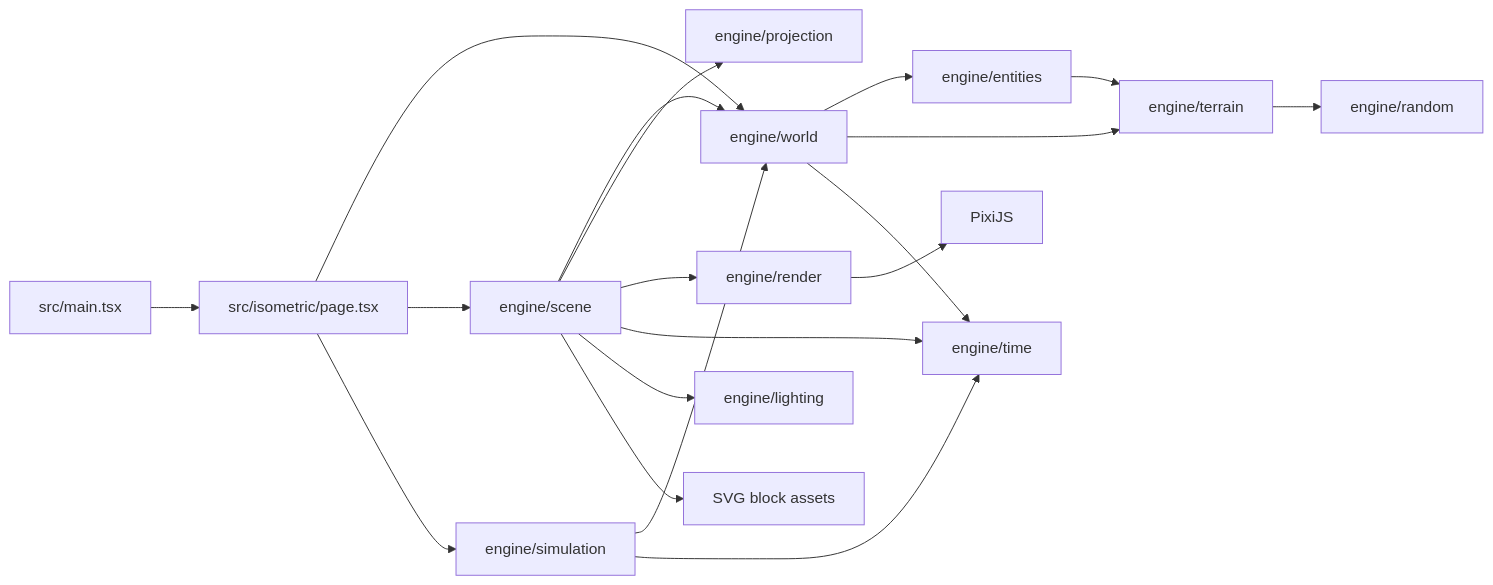
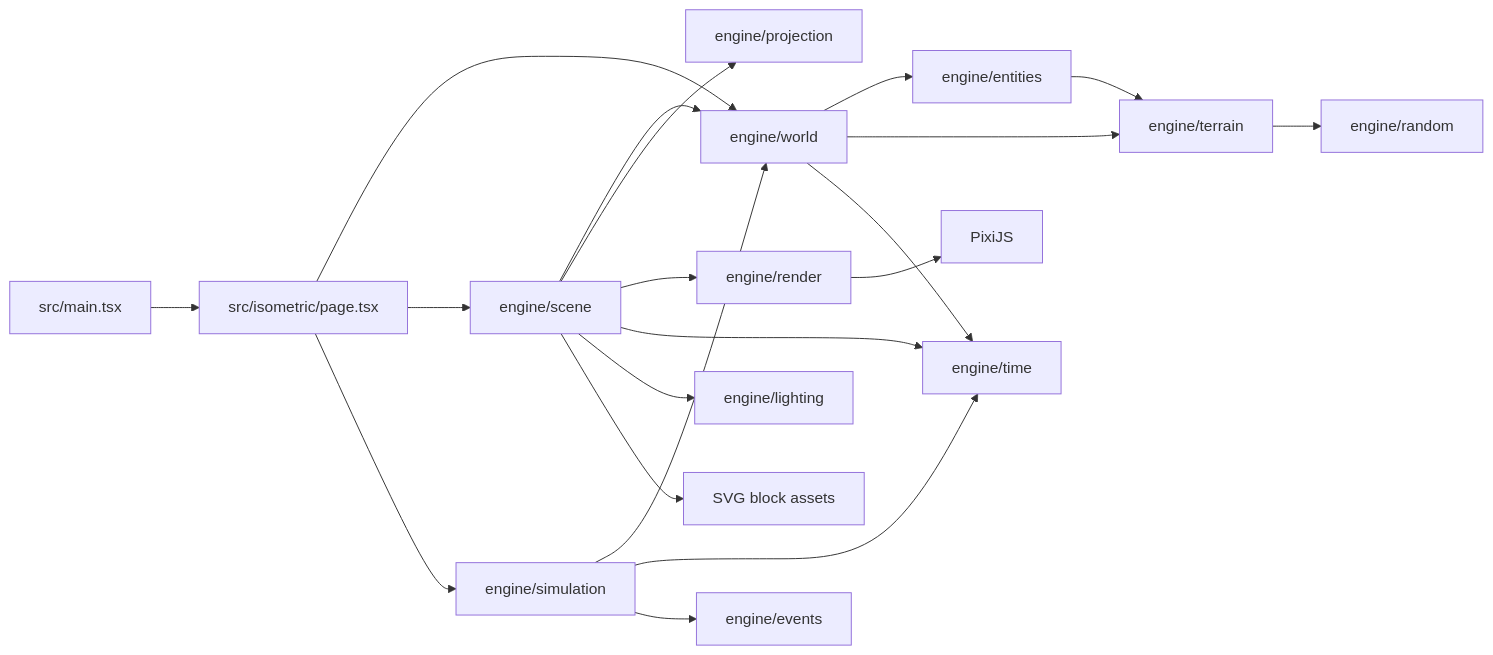
Before and after one commit to alexsantos-eth/armada-engine: the diagram in ARCHITECTURE.md, drawn with Mermaid. The commit also changed other lines of this file and 13 other files, not shown here.

````diff
--- a/ARCHITECTURE.md
+++ b/ARCHITECTURE.md
@@ -9,21 +9,22 @@
 ```mermaid
 flowchart LR
   Main[src/main.tsx] --> Page[src/isometric/page.tsx]
   Page --> World[engine/world]
   Page --> Scene[engine/scene]
   Page --> Simulation[engine/simulation]
   Simulation --> World
   Simulation --> Time
+  Simulation --> Events[engine/events]
   World --> Entities[engine/entities]
   World --> Terrain[engine/terrain]
   World --> Time[engine/time]
   Entities --> Terrain
   Terrain --> Random[engine/random]
   Scene --> World
   Scene --> Projection[engine/projection]
   Scene --> Render[engine/render]
   Scene --> Time
   Scene --> Lighting[engine/lighting]
   Render --> Pixi[PixiJS]
   Scene --> Assets[SVG block assets]
 ```
````
